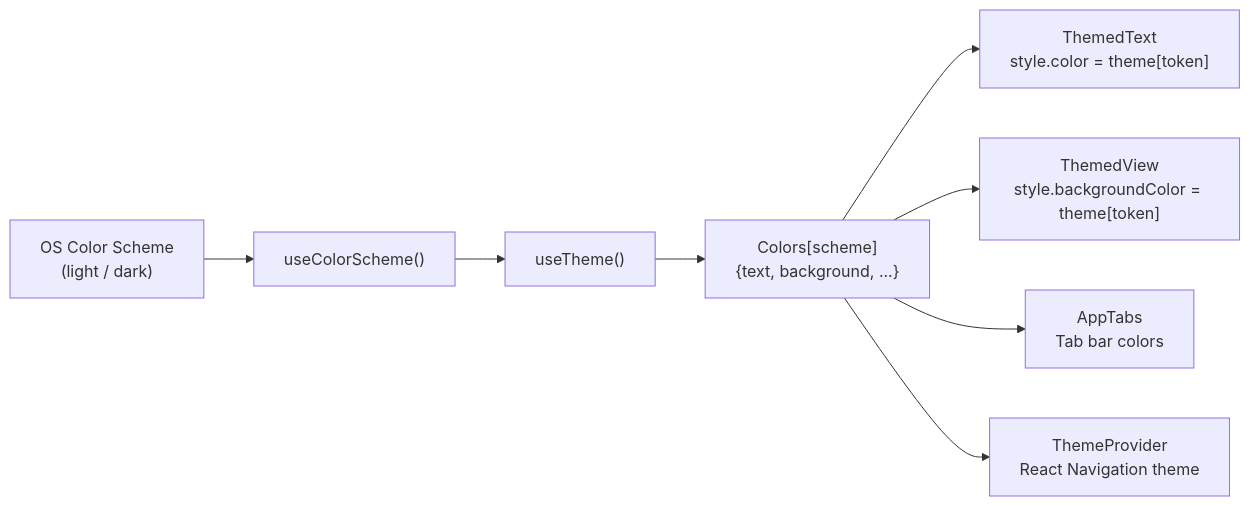
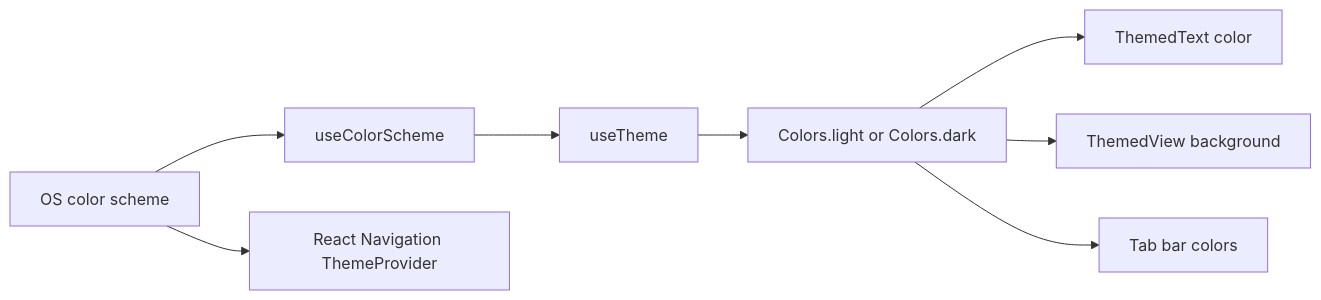
Before and after one commit to izkizk8/spot: the first of 5 diagrams in docs/architecture.md, drawn with Mermaid. The commit also changed other lines of this file and 39 other files, not shown here.

````diff
--- a/docs/architecture.md
+++ b/docs/architecture.md
@@ -246,10 +196,10 @@
 ```mermaid
 flowchart LR
-    OS["OS Color Scheme<br/>(light / dark)"] --> useCS["useColorScheme()"]
-    useCS --> useTheme["useTheme()"]
-    useTheme --> Colors["Colors[scheme]<br/>{text, background, ...}"]
-    Colors --> ThemedText["ThemedText<br/>style.color = theme[token]"]
-    Colors --> ThemedView["ThemedView<br/>style.backgroundColor = theme[token]"]
-    Colors --> TabBar["AppTabs<br/>Tab bar colors"]
-    Colors --> ThemeProvider["ThemeProvider<br/>React Navigation theme"]
+    OS["OS color scheme"] --> SchemeHook["useColorScheme"]
+    SchemeHook --> ThemeHook["useTheme"]
+    ThemeHook --> Palette["Colors.light or Colors.dark"]
+    Palette --> Text["ThemedText color"]
+    Palette --> View["ThemedView background"]
+    Palette --> Tabs["Tab bar colors"]
+    OS --> NavTheme["React Navigation ThemeProvider"]
 ```
````
